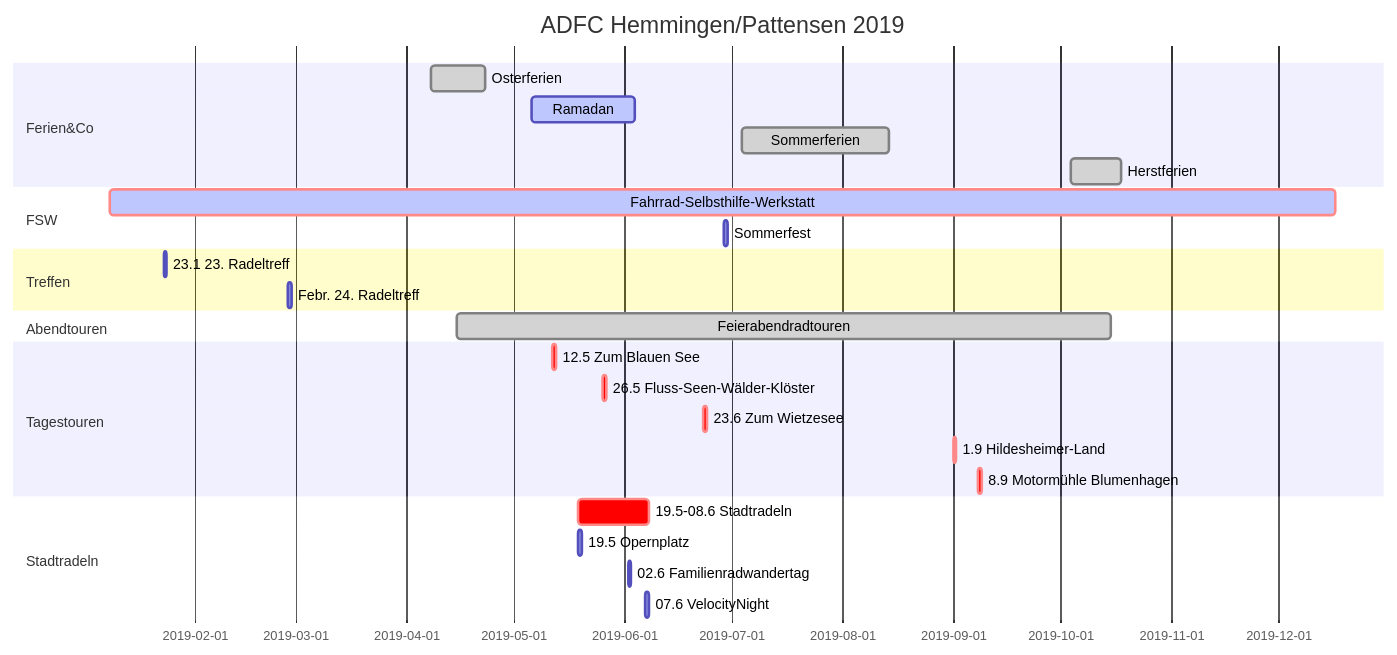
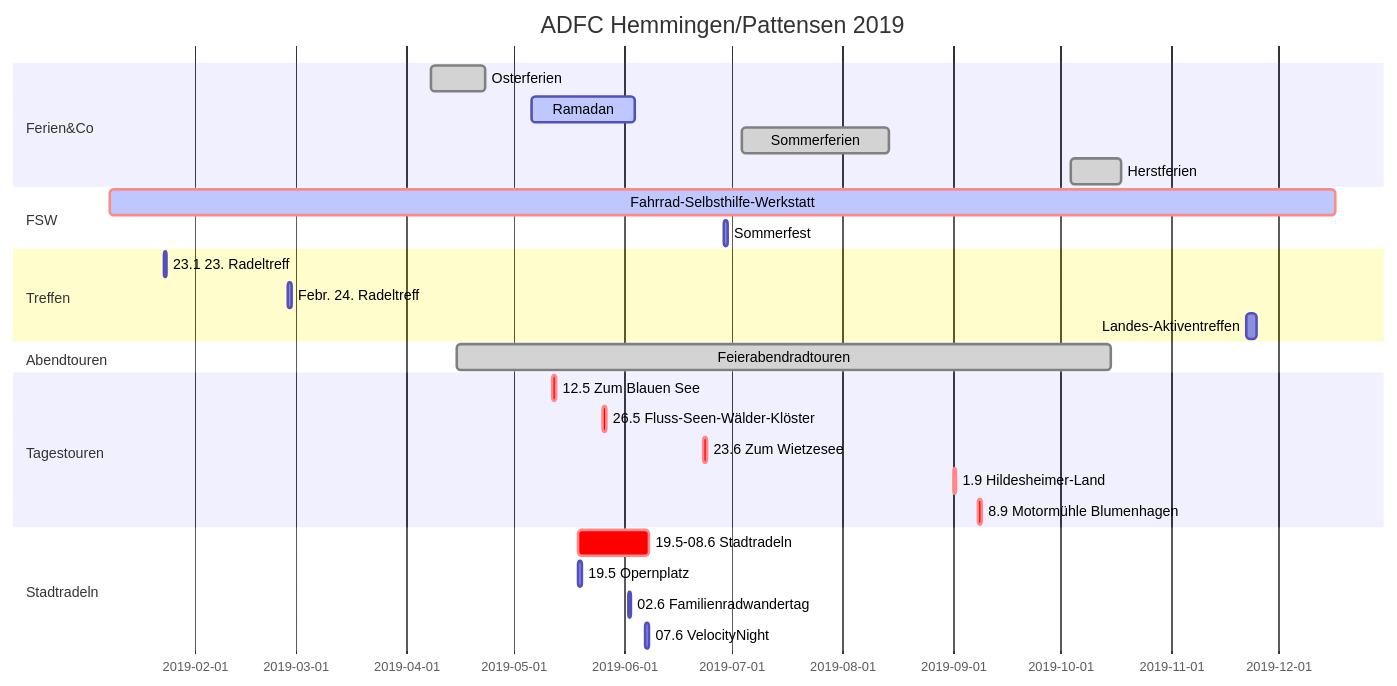
One commit to adfc-hemmingen-pattensen/adfc-hemmingen-pattensen.github.io changed the diagram in index.md. Above: the diagram before and after it, drawn with Mermaid. The commit also changed 2 other files, not shown here.

Commit message:
Landesaktiven Treffen

````diff
--- a/index.md
+++ b/index.md
@@ -63,38 +63,39 @@
 ```mermaid
 gantt
   title ADFC Hemmingen/Pattensen 2019
   dateFormat  DD.MM.YY
 
 section Ferien&Co
   Osterferien :done,        08.04.19, 23.04.19
   Ramadan     :active,done, 06.05.19, 04.06.19
   Sommerferien:done,        04.07.19, 14.08.19
   Herstferien :done,        04.10.19, 18.10.19
 
 section FSW
   Fahrrad-Selbsthilfe-Werkstatt :crit,active, 08.01.19, 17.12.19
   Sommerfest                    : 29.06.19, 1d
 
 section Treffen
   23.1 23. Radeltreff  : 23.01.19, 1d
   Febr. 24. Radeltreff : 27.02.19, 1d
+  Landes-Aktiventreffen: 22.11.19, 3d
   
 section Abendtouren
   Feierabendradtouren        :done,       15.04.19, 15.10.19
 
 section Tagestouren
   12.5 Zum Blauen See             :crit, 12.05.19,1d
   26.5 Fluss-Seen-Wälder-Klöster  :crit, 26.05.19,1d
   23.6 Zum Wietzesee              :crit, 23.06.19,1d
   1.9 Hildesheimer-Land           :crit, 01.09.19,1d
   8.9 Motormühle Blumenhagen      :crit, 08.09.19,1d
   
 
 section Stadtradeln
   19.5-08.6 Stadtradeln    : crit, 19.05.19, 08.06.19
   19.5 Opernplatz          :       19.05.19, 1d
   02.6 Familienradwandertag:       02.06.19, 1d
   07.6 VelocityNight       :       07.06.19, 1d
 
 section Politik
 ```
````
